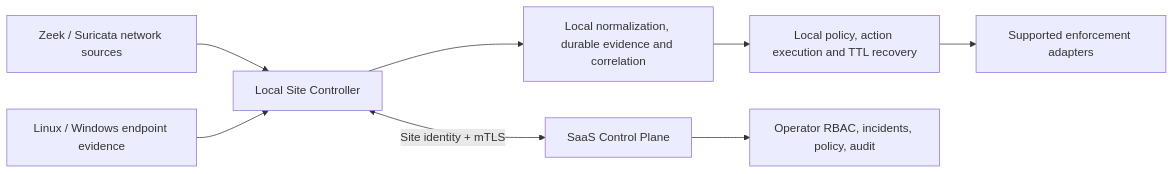
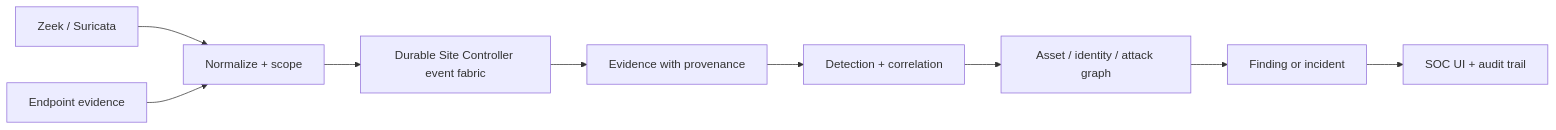
The second of 5 diagrams in docs/WORKFLOWS.md (Saitanveesh/1), drawn with Mermaid before and after one commit. The commit also changed other lines of this file and 19 other files, not shown here.

Commit message:
docs: present GAUNT red-blue security milestone with editable flows and owner rights

````diff
--- a/docs/WORKFLOWS.md
+++ b/docs/WORKFLOWS.md
@@ -9,10 +25,11 @@
 ```mermaid
 flowchart LR
-  N["Zeek / Suricata network sources"] --> S["Local Site Controller"]
-  E["Linux / Windows endpoint evidence"] --> S
-  S --> P["Local normalization, durable evidence and correlation"]
-  P --> L["Local policy, action execution and TTL recovery"]
-  S <-->|"Site identity + mTLS"| C["SaaS Control Plane"]
-  C --> O["Operator RBAC, incidents, policy, audit"]
-  L --> X["Supported enforcement adapters"]
+  Z["Zeek / Suricata"] --> N["Normalize + scope"]
+  E["Endpoint evidence"] --> N
+  N --> F["Durable Site Controller event fabric"]
+  F --> V["Evidence with provenance"]
+  V --> D["Detection + correlation"]
+  D --> G["Asset / identity / attack graph"]
+  G --> I["Finding or incident"]
+  I --> UI["SOC UI + audit trail"]
 ```
````
